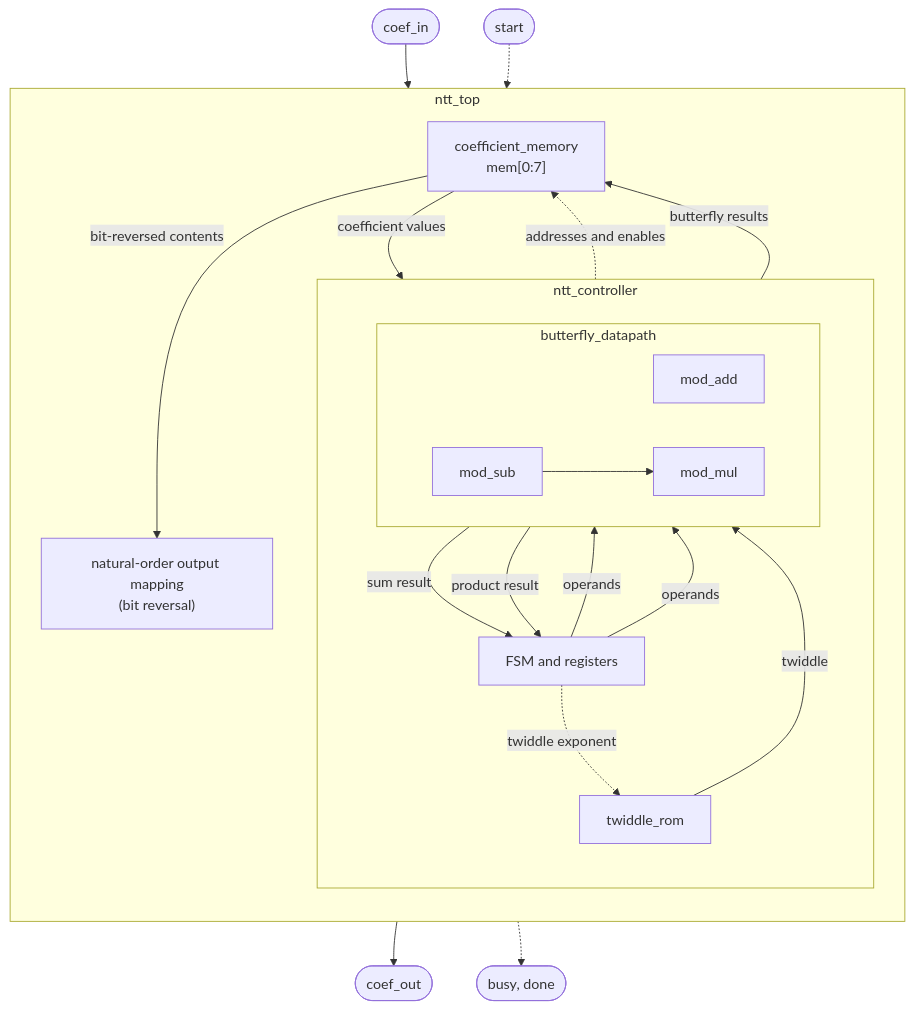
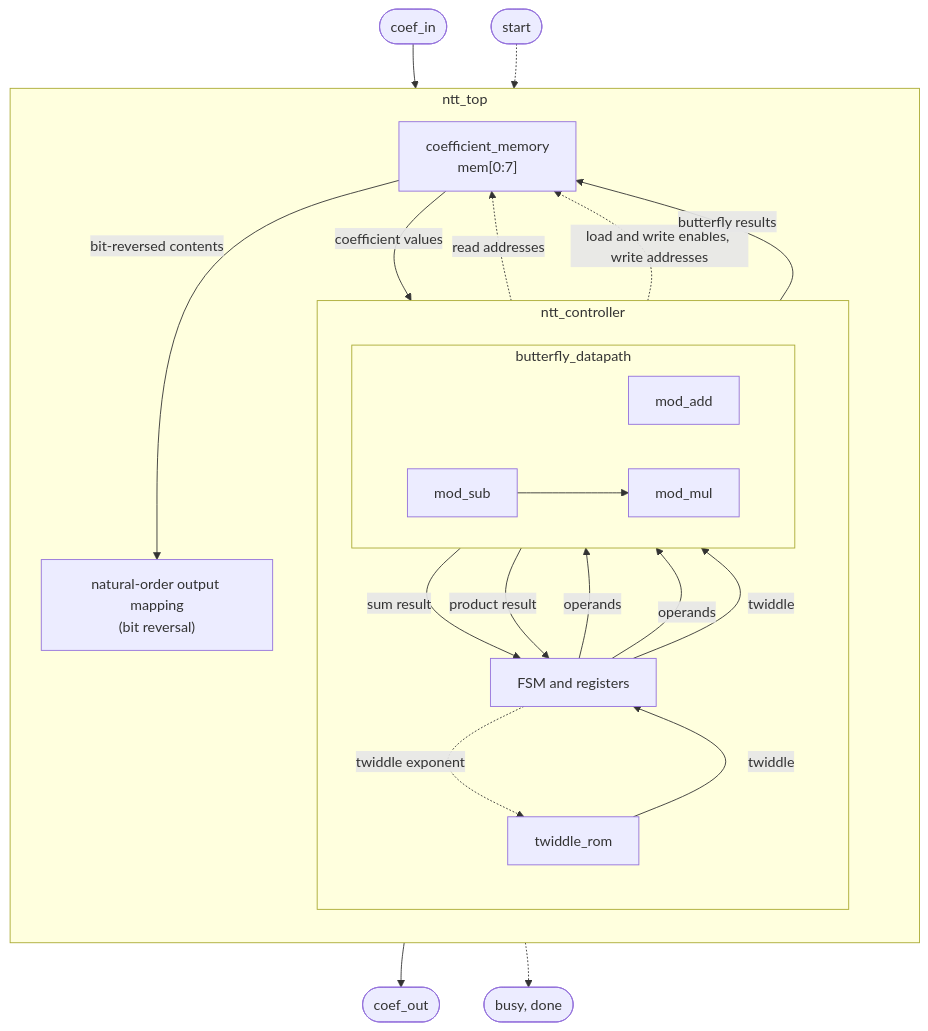
The first of 2 diagrams in README.md (Zeta201/ntt-accelerator), drawn with Mermaid before and after one commit.

Commit message:
Fix architecture diagram to match controller register capture
Route the twiddle value through fsm (tw_reg) before it reaches mod_mul,
matching how a_reg/b_reg are already shown feeding mod_add/mod_sub --
the RTL instantiates butterfly_datapath with a_reg/b_reg/tw_reg, not
the raw rom/a_in/b_in signals, so a direct rom-to-mul edge misrepresented
a combinational path that is actually registered.

Split the single "addresses and enables" edge into separate read and
write paths, since coefficient_memory has two distinct address
interfaces: combinational lo/hi for reads (a_out/b_out) and registered
lo_reg/hi_reg for writes, gated by load_enable/write_enable
respectively.

````diff
--- a/README.md
+++ b/README.md
@@ -217,37 +217,39 @@
 ```mermaid
 flowchart TB
     subgraph top["ntt_top"]
         direction TB
 
         subgraph ctrl["ntt_controller"]
             direction TB
             fsm["FSM and registers"]
             rom["twiddle_rom"]
             subgraph datapath["butterfly_datapath"]
                 direction LR
                 add["mod_add"]
                 sub["mod_sub"]
                 mul["mod_mul"]
                 sub --> mul
             end
             fsm -.->|twiddle exponent| rom
-            rom -->|twiddle| mul
+            rom -->|twiddle| fsm
             fsm -->|operands| add
             fsm -->|operands| sub
+            fsm -->|twiddle| mul
             add -->|sum result| fsm
             mul -->|product result| fsm
         end
 
         mem["coefficient_memory<br/>mem[0:7]"]
         outmap["natural-order output mapping<br/>(bit reversal)"]
-        fsm -.->|addresses and enables| mem
+        fsm -.->|read addresses| mem
         mem -->|coefficient values| fsm
+        fsm -.->|load and write enables, write addresses| mem
         fsm -->|butterfly results| mem
         mem -->|bit-reversed contents| outmap
     end
 
     input(["coef_in"]) --> mem
     outmap --> output(["coef_out"])
     start(["start"]) -.-> fsm
     fsm -.-> handshake(["busy, done"])
 ```
````
